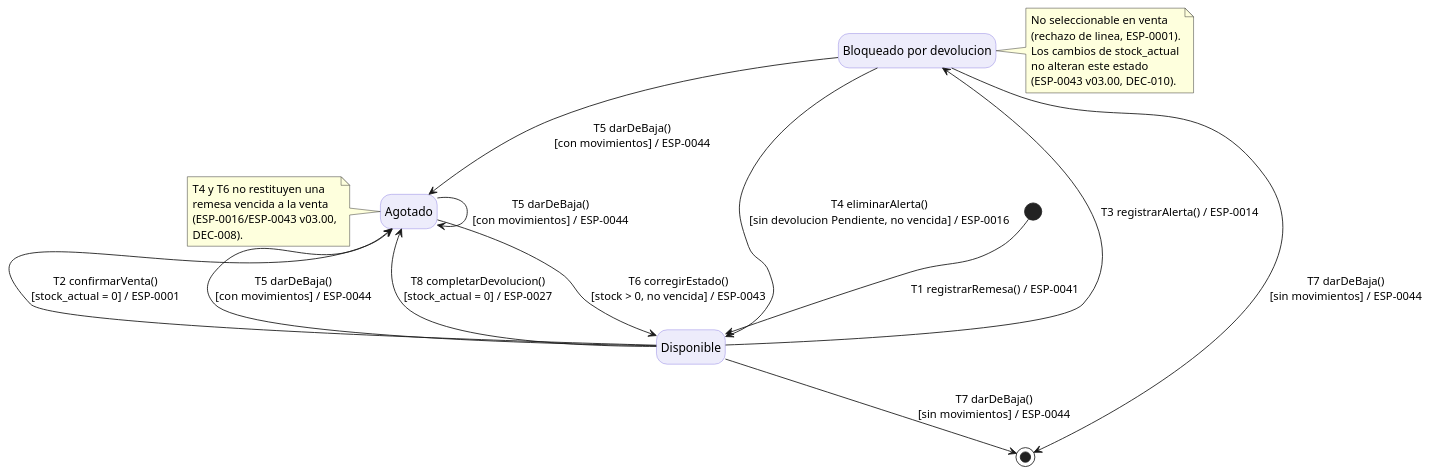
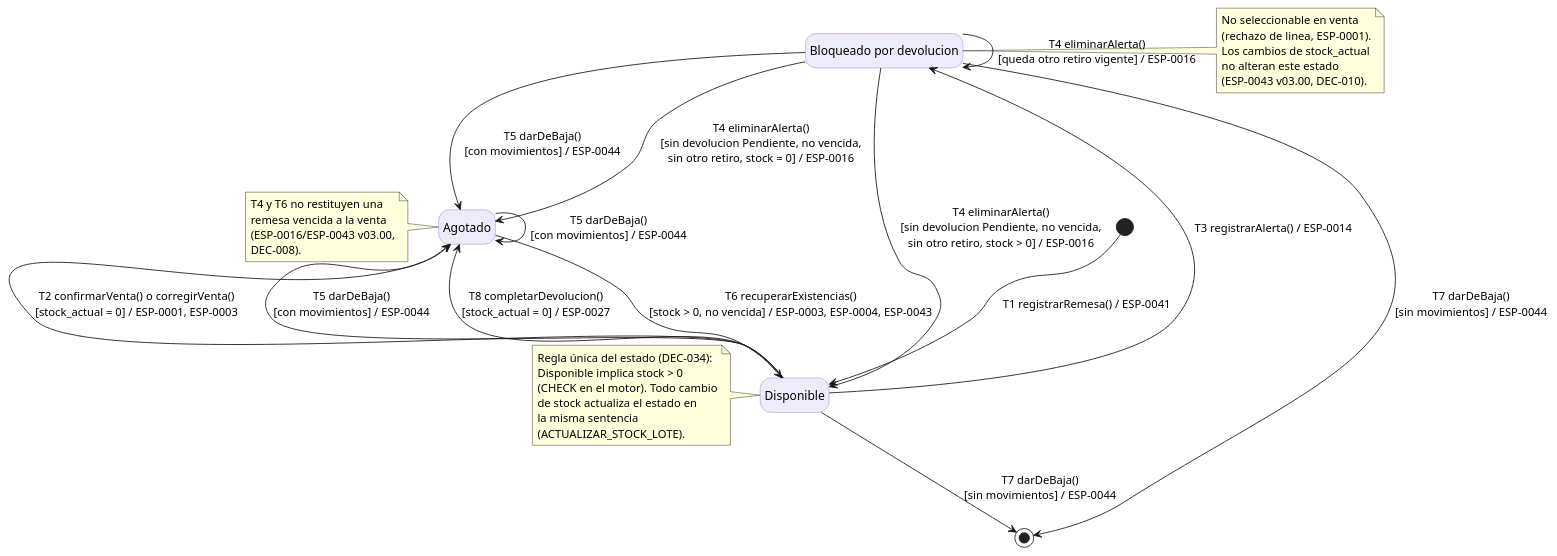
The diagram in docs/diagramas/plaintext-Comportamiento/EST-01_Lote.puml (Luis-Ayben-Chahua-Charca/Farmasil_App), drawn with PlantUML before and after one commit. The commit also changed 21 other files, not shown here.

```diff
--- a/docs/diagramas/plaintext-Comportamiento/EST-01_Lote.puml
+++ b/docs/diagramas/plaintext-Comportamiento/EST-01_Lote.puml
@@ -1,37 +1,48 @@
 @startuml EST-01_Lote
 hide empty description
 skinparam state {
   BackgroundColor #EDECFB
   BorderColor #8577E0
 }
 
 [*] --> Disponible : T1 registrarRemesa() / ESP-0041
 
 state "Bloqueado por devolucion" as Bloqueado
 
-Disponible --> Agotado : T2 confirmarVenta()\n[stock_actual = 0] / ESP-0001
+Disponible --> Agotado : T2 confirmarVenta() o corregirVenta()\n[stock_actual = 0] / ESP-0001, ESP-0003
 Disponible --> Bloqueado : T3 registrarAlerta() / ESP-0014
-Bloqueado --> Disponible : T4 eliminarAlerta()\n[sin devolucion Pendiente, no vencida] / ESP-0016
+Bloqueado --> Disponible : T4 eliminarAlerta()\n[sin devolucion Pendiente, no vencida,\nsin otro retiro, stock > 0] / ESP-0016
+Bloqueado --> Agotado : T4 eliminarAlerta()\n[sin devolucion Pendiente, no vencida,\nsin otro retiro, stock = 0] / ESP-0016
+Bloqueado --> Bloqueado : T4 eliminarAlerta()\n[queda otro retiro vigente] / ESP-0016
 Disponible --> Agotado : T5 darDeBaja()\n[con movimientos] / ESP-0044
 Bloqueado --> Agotado : T5 darDeBaja()\n[con movimientos] / ESP-0044
 Agotado --> Agotado : T5 darDeBaja()\n[con movimientos] / ESP-0044
-Agotado --> Disponible : T6 corregirEstado()\n[stock > 0, no vencida] / ESP-0043
+Agotado --> Disponible : T6 recuperarExistencias()\n[stock > 0, no vencida] / ESP-0003, ESP-0004, ESP-0043
 Disponible --> [*] : T7 darDeBaja()\n[sin movimientos] / ESP-0044
 Disponible --> Agotado : T8 completarDevolucion()\n[stock_actual = 0] / ESP-0027
 Bloqueado --> [*] : T7 darDeBaja()\n[sin movimientos] / ESP-0044
 
 note right of Bloqueado
   No seleccionable en venta
   (rechazo de linea, ESP-0001).
   Los cambios de stock_actual
   no alteran este estado
   (ESP-0043 v03.00, DEC-010).
 end note
 
 note left of Agotado
   T4 y T6 no restituyen una
   remesa vencida a la venta
   (ESP-0016/ESP-0043 v03.00,
   DEC-008).
 end note
+
+note left of Disponible
+  Regla única del estado (DEC-034):
+  Disponible implica stock > 0
+  (CHECK en el motor). Todo cambio
+  de stock actualiza el estado en
+  la misma sentencia
+  (ACTUALIZAR_STOCK_LOTE).
+end note
 @enduml
```
